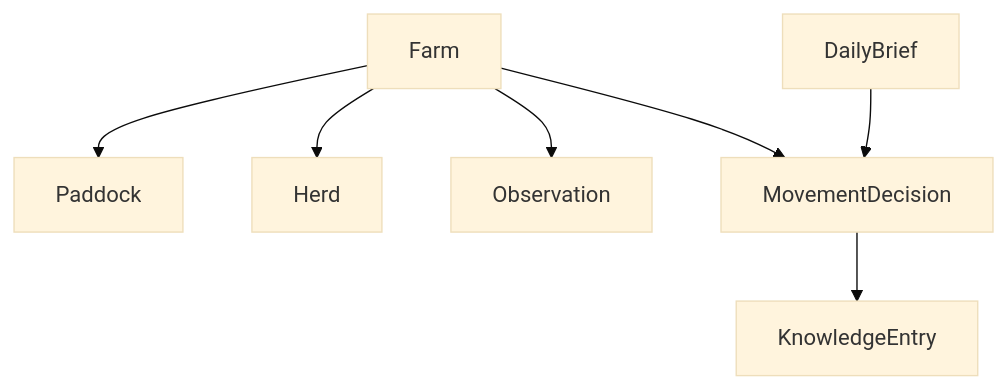
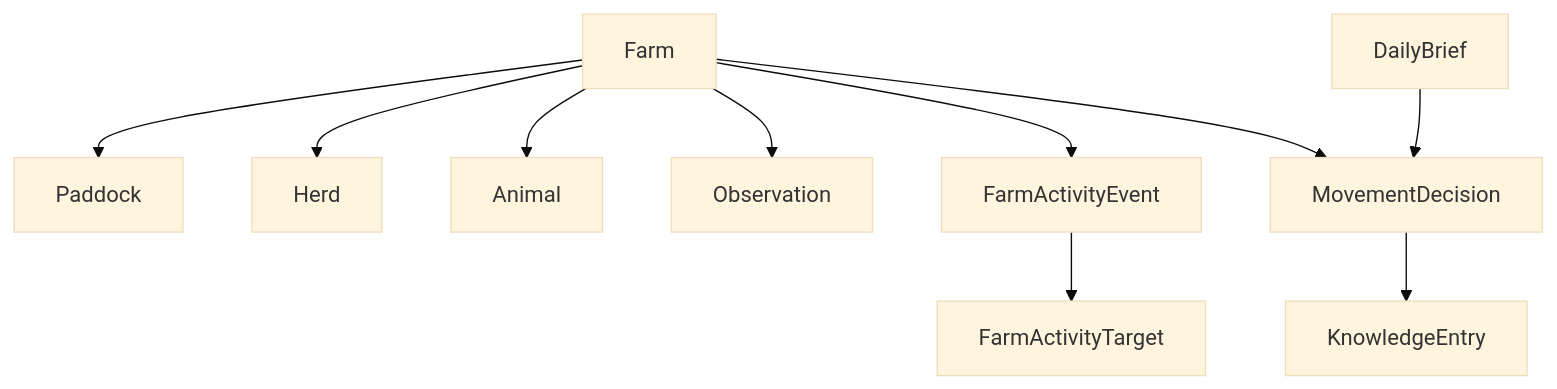
Before and after one commit to open-pasture/openpasture-agent-kit: the diagram in docs/domain.md, drawn with Mermaid (base theme). The commit also changed other lines of this file and 10 other files, not shown here.

First line of the commit message:
Add farm activity ledger

````diff
--- a/docs/domain.md
+++ b/docs/domain.md
@@ -63,9 +84,12 @@
 ```mermaid
 flowchart TD
     Farm --> Paddock
     Farm --> Herd
+    Farm --> Animal
     Farm --> Observation
+    Farm --> FarmActivityEvent
+    FarmActivityEvent --> FarmActivityTarget
     Farm --> MovementDecision
     MovementDecision --> KnowledgeEntry
     DailyBrief --> MovementDecision
 ```
````
